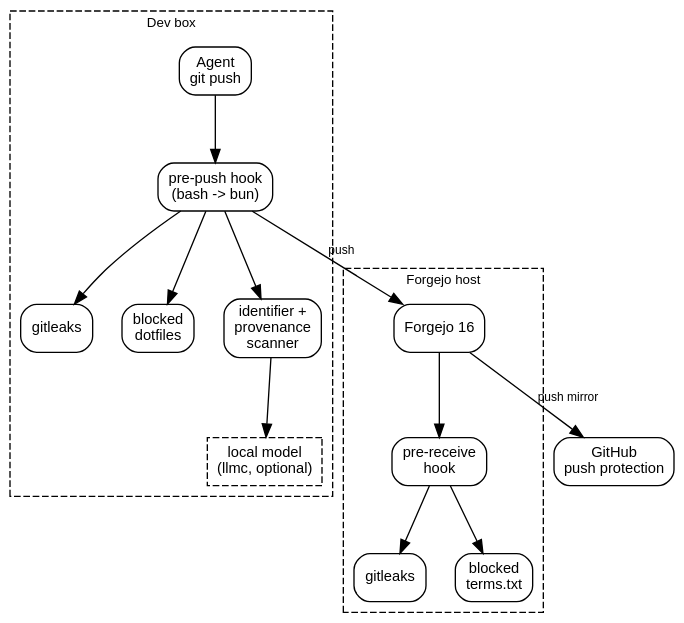
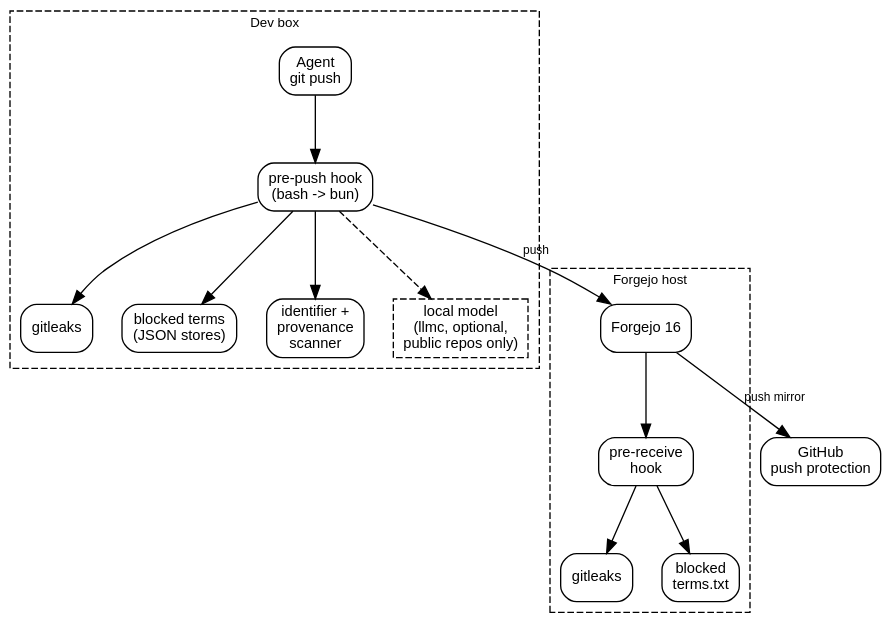
One commit to erfianugrah/lexicanum changed the diagram in src/content/docs/guides/agent-leak-gates.mdx. Above: the diagram before and after it, drawn with Graphviz. The commit also changed other lines of this file and 14 other files, not shown here.

First line of the commit message:
docs(harnesses): presentation, diagram and prose pass over the pi harness series (lexicanum#57)

````diff
--- a/src/content/docs/guides/agent-leak-gates.mdx
+++ b/src/content/docs/guides/agent-leak-gates.mdx
@@ -29,35 +29,35 @@
 ```dot
 digraph {
   rankdir=TB; bgcolor="transparent"; nodesep=0.3; ranksep=0.7;
   fontname="Helvetica,Arial,sans-serif";
   node [fontname="Helvetica,Arial,sans-serif", fontsize=11, shape=box, style=rounded];
   edge [fontname="Helvetica,Arial,sans-serif", fontsize=9];
   subgraph cluster_client {
     label="Dev box"; style=dashed; fontsize=10;
     agent [label="Agent\ngit push"];
     hook [label="pre-push hook\n(bash -> bun)"];
     gitleaks_c [label="gitleaks"];
-    terms_c [label="blocked\ndotfiles"];
+    terms_c [label="blocked terms\n(JSON stores)"];
     shapes [label="identifier +\nprovenance\nscanner"];
-    llmc [label="local model\n(llmc, optional)", style=dashed];
+    llmc [label="local model\n(llmc, optional,\npublic repos only)", style=dashed];
     agent -> hook;
     hook -> gitleaks_c;
     hook -> terms_c;
     hook -> shapes;
-    shapes -> llmc;
+    hook -> llmc [style=dashed];
   }
   subgraph cluster_server {
     label="Forgejo host"; style=dashed; fontsize=10;
     forgejo [label="Forgejo 16"];
     prereceive [label="pre-receive\nhook"];
     gitleaks_s [label="gitleaks"];
     terms_s [label="blocked\nterms.txt"];
     forgejo -> prereceive;
     prereceive -> gitleaks_s;
     prereceive -> terms_s;
   }
   github [label="GitHub\npush protection"];
   hook -> forgejo [label="push"];
   forgejo -> github [label="push mirror"];
 }
 ```
````
